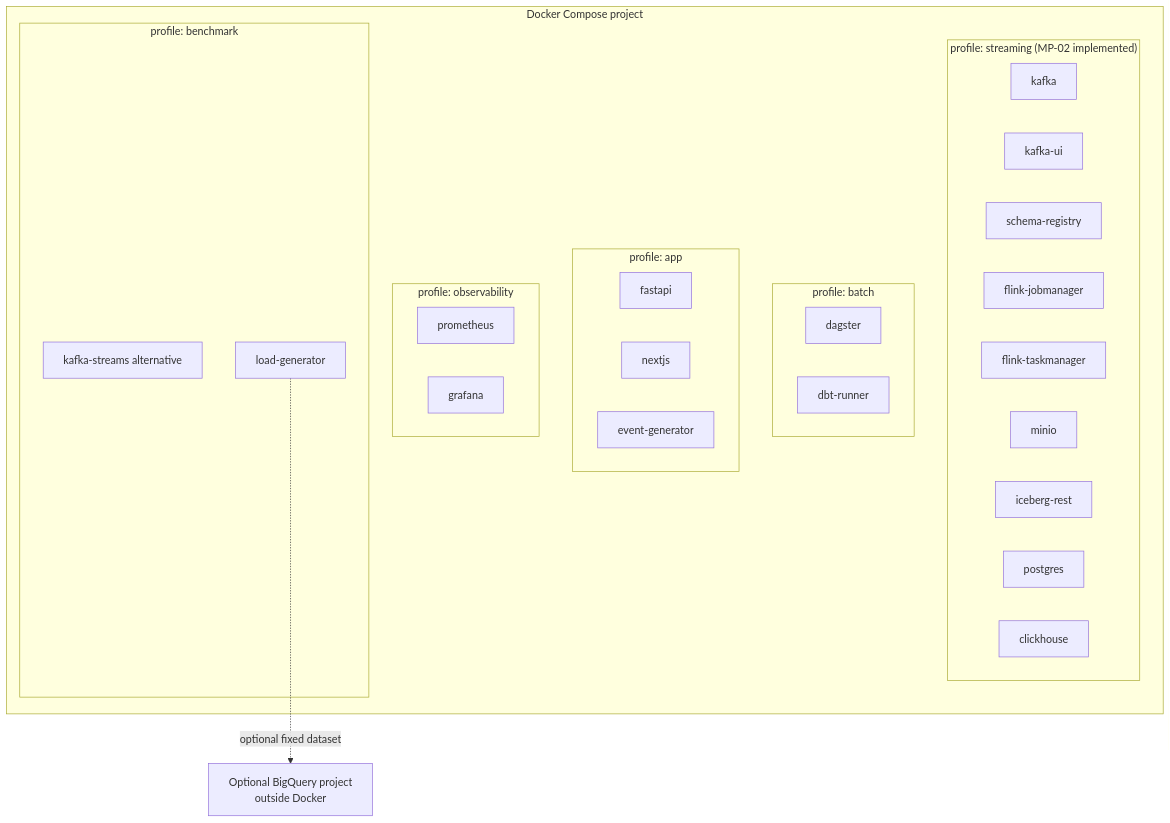
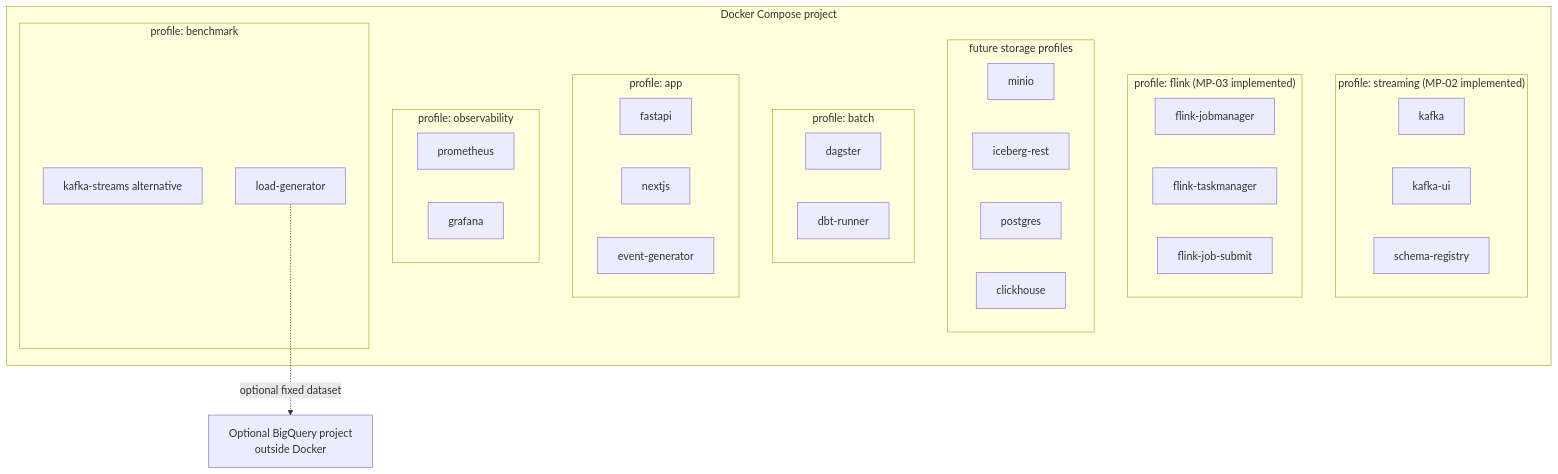
The second of 2 diagrams in docs/architecture/high-level-design.md (huyle1901/marketpulse-360), drawn with Mermaid before and after one commit. The commit also changed other lines of this file and 13 other files, not shown here.

````diff
--- a/docs/architecture/high-level-design.md
+++ b/docs/architecture/high-level-design.md
@@ -372,40 +383,47 @@
 ```mermaid
 flowchart TB
     subgraph Compose["Docker Compose project"]
         subgraph Core["profile: streaming (MP-02 implemented)"]
             K1["kafka"]
             KU["kafka-ui"]
             SR["schema-registry"]
+        end
+
+        subgraph Flink["profile: flink (MP-03 implemented)"]
             FJM["flink-jobmanager"]
             FTM["flink-taskmanager"]
+            FS["flink-job-submit"]
+        end
+
+        subgraph FutureStorage["future storage profiles"]
             MI["minio"]
             IC["iceberg-rest"]
             PG["postgres"]
             CH["clickhouse"]
         end
 
         subgraph Batch["profile: batch"]
             DG["dagster"]
             DBT2["dbt-runner"]
         end
 
         subgraph App["profile: app"]
             BE["fastapi"]
             FE["nextjs"]
             EG["event-generator"]
         end
 
         subgraph Observe["profile: observability"]
             PR["prometheus"]
             GR["grafana"]
         end
 
         subgraph Benchmark["profile: benchmark"]
             SP["kafka-streams alternative"]
             LOAD["load-generator"]
         end
     end
 
     BQ["Optional BigQuery project<br/>outside Docker"]
     LOAD -. optional fixed dataset .-> BQ
 ```
````
